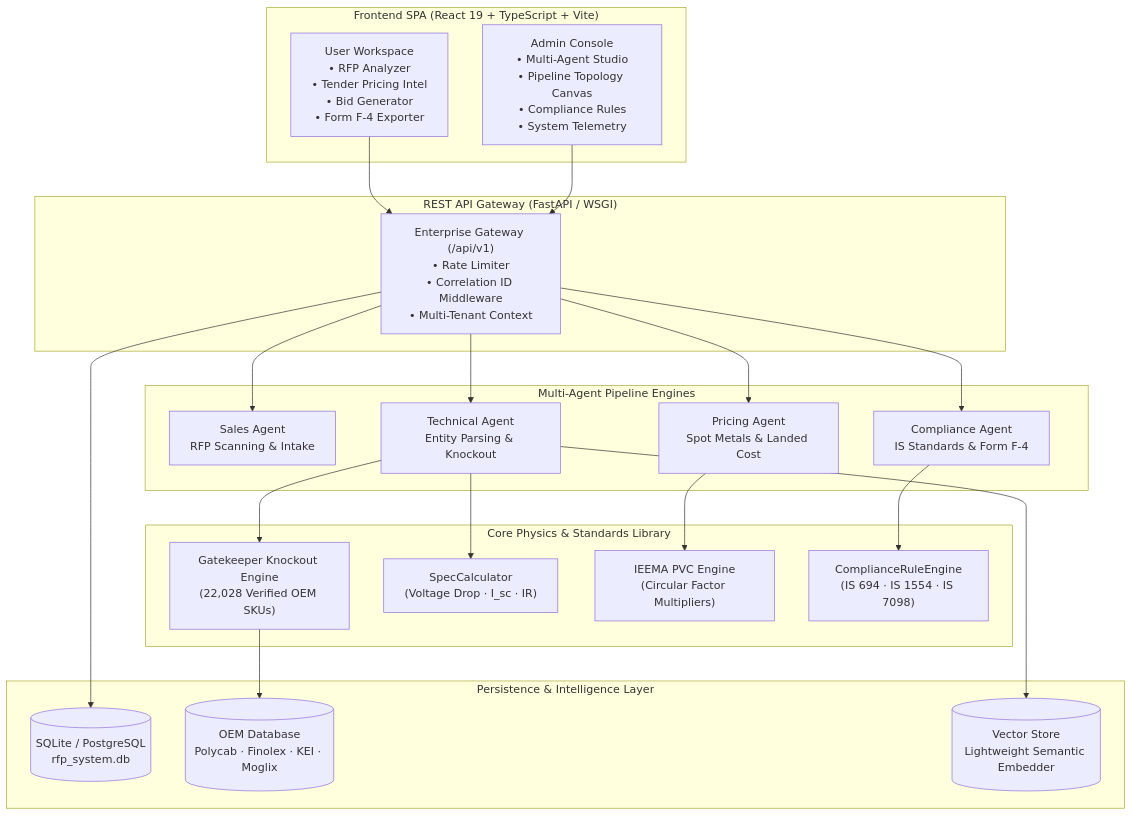
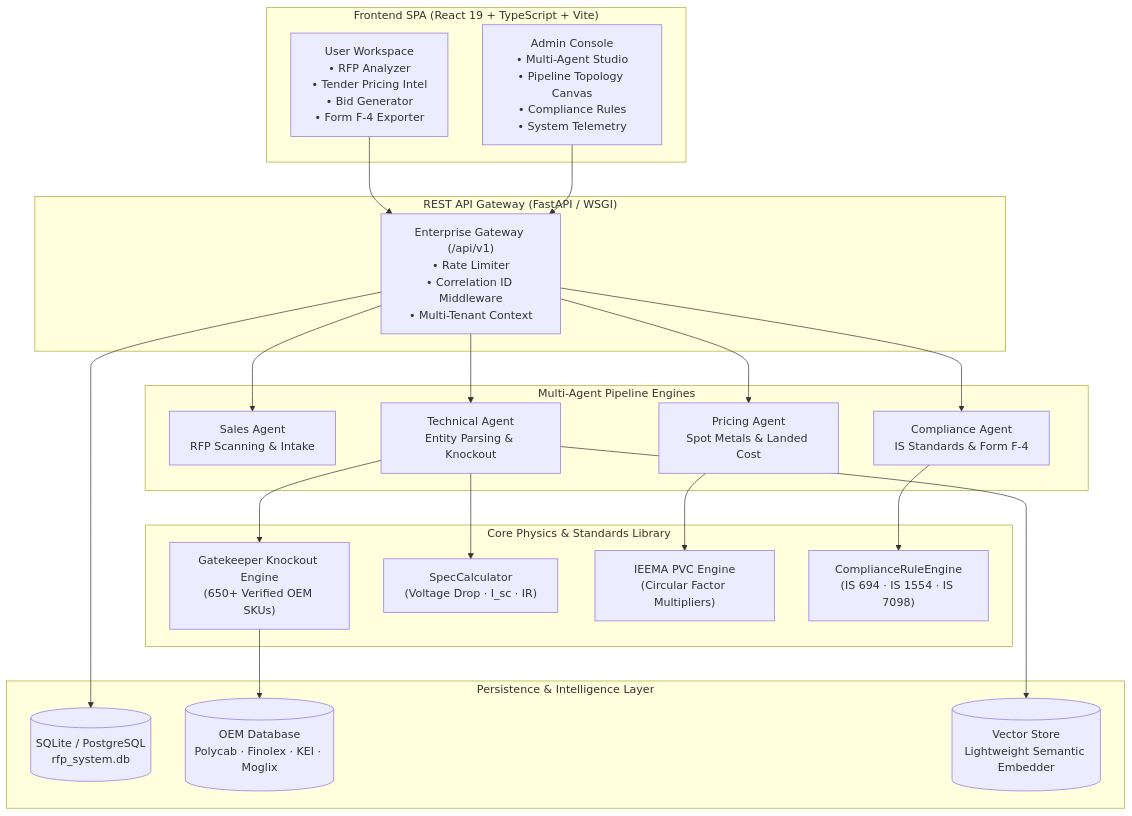
The diagram in README.md (CodeWizardAn/rfp_haki), drawn with Mermaid before and after one commit. The commit also changed other lines of this file and 5 other files, not shown here.

````diff
--- a/README.md
+++ b/README.md
@@ -143,41 +143,41 @@
 ```mermaid
 flowchart TD
     subgraph Client["Frontend SPA (React 19 + TypeScript + Vite)"]
         UI_User["User Workspace\n• RFP Analyzer\n• Tender Pricing Intel\n• Bid Generator\n• Form F-4 Exporter"]
         UI_Admin["Admin Console\n• Multi-Agent Studio\n• Pipeline Topology Canvas\n• Compliance Rules\n• System Telemetry"]
     end
 
     subgraph Gateway["REST API Gateway (FastAPI / WSGI)"]
         Router["Enterprise Gateway (/api/v1)\n• Rate Limiter\n• Correlation ID Middleware\n• Multi-Tenant Context"]
     end
 
     subgraph Agents["Multi-Agent Pipeline Engines"]
         Sales["Sales Agent\nRFP Scanning & Intake"]
         Tech["Technical Agent\nEntity Parsing & Knockout"]
         Pricing["Pricing Agent\nSpot Metals & Landed Cost"]
         Comp["Compliance Agent\nIS Standards & Form F-4"]
     end
 
     subgraph Physical_Engines["Core Physics & Standards Library"]
-        Knockout["Gatekeeper Knockout Engine\n(22,028 Verified OEM SKUs)"]
+        Knockout["Gatekeeper Knockout Engine\n(650+ Verified OEM SKUs)"]
         Formulas["SpecCalculator\n(Voltage Drop · I_sc · IR)"]
         PVC["IEEMA PVC Engine\n(Circular Factor Multipliers)"]
         Rules["ComplianceRuleEngine\n(IS 694 · IS 1554 · IS 7098)"]
     end
 
     subgraph Storage["Persistence & Intelligence Layer"]
         DB[(SQLite / PostgreSQL\nrfp_system.db)]
         Catalog[(OEM Database\nPolycab · Finolex · KEI · Moglix)]
         Embeddings[(Vector Store\nLightweight Semantic Embedder)]
     end
 
     UI_User --> Router
     UI_Admin --> Router
     Router --> Sales & Tech & Pricing & Comp
     Tech --> Knockout & Formulas
     Pricing --> PVC
     Comp --> Rules
     Knockout --> Catalog
     Tech --> Embeddings
     Router --> DB
 ```
````
